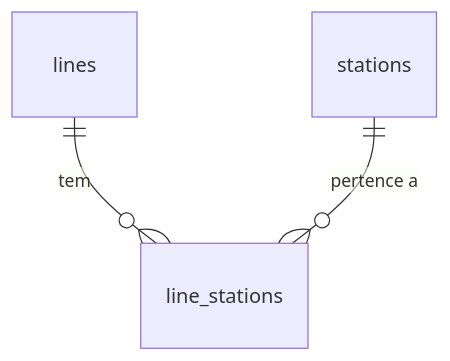
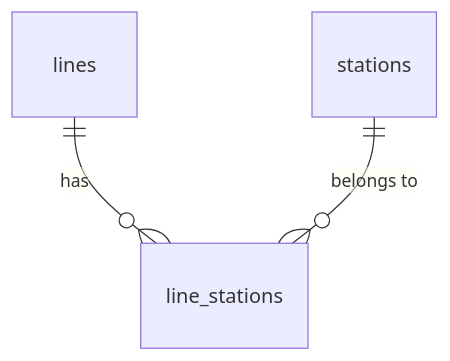
One commit to denysbp/Railtrace changed the fourth of 17 diagrams in docs/schema.md. Above: the diagram before and after it, drawn with Mermaid. The commit also changed other lines of this file and 64 other files, not shown here.

````diff
--- a/docs/schema.md
+++ b/docs/schema.md
@@ -188,5 +188,5 @@
 ```mermaid
 erDiagram
-    lines ||--o{ line_stations : "tem"
-    stations ||--o{ line_stations : "pertence a"
+    lines ||--o{ line_stations : "has"
+    stations ||--o{ line_stations : "belongs to"
 ```
````
